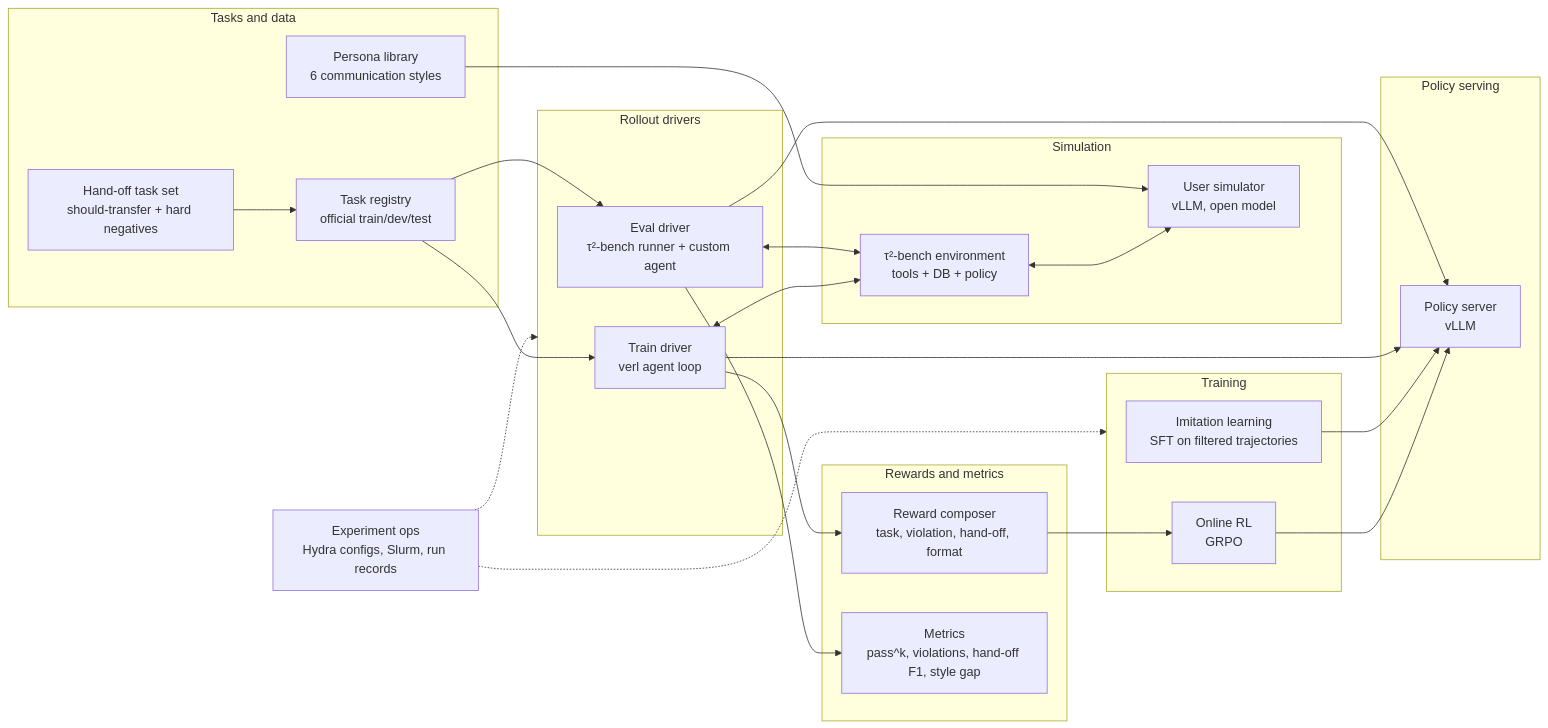
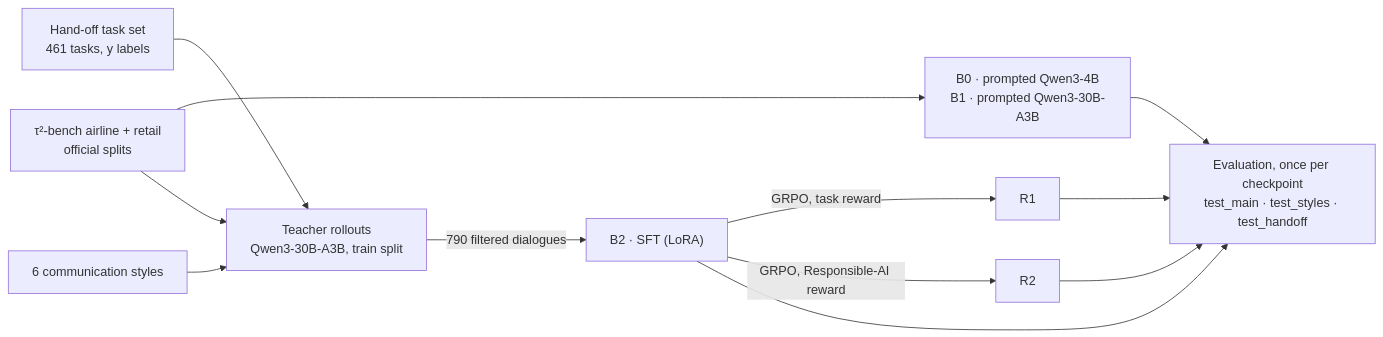
The diagram in README.md (JaspinXu/KnowWhenToHandOff), drawn with Mermaid before and after one commit. The commit also changed other lines of this file and 29 other files, not shown here.

````diff
--- a/README.md
+++ b/README.md
@@ -287,45 +103,14 @@
 ```mermaid
 flowchart LR
-  subgraph DATA["Tasks and data"]
-    REG["Task registry<br/>official train/dev/test"]
-    AUG["Hand-off task set<br/>should-transfer + hard negatives"]
-    PER["Persona library<br/>6 communication styles"]
-  end
-  subgraph SIM["Simulation"]
-    ENV["τ²-bench environment<br/>tools + DB + policy"]
-    USR["User simulator<br/>vLLM, open model"]
-  end
-  subgraph POL["Policy serving"]
-    SRV["Policy server<br/>vLLM"]
-  end
-  subgraph ROLL["Rollout drivers"]
-    EVD["Eval driver<br/>τ²-bench runner + custom agent"]
-    TRD["Train driver<br/>verl agent loop"]
-  end
-  subgraph REW["Rewards and metrics"]
-    RWD["Reward composer<br/>task, violation, hand-off, format"]
-    MET["Metrics<br/>pass^k, violations, hand-off F1, style gap"]
-  end
-  subgraph TRN["Training"]
-    SFT["Imitation learning<br/>SFT on filtered trajectories"]
-    RL["Online RL<br/>GRPO"]
-  end
-  OPS["Experiment ops<br/>Hydra configs, Slurm, run records"]
-
-  REG --> EVD
-  REG --> TRD
-  AUG --> REG
-  PER --> USR
-  EVD <--> ENV
-  TRD <--> ENV
-  ENV <--> USR
-  EVD --> SRV
-  TRD --> SRV
-  EVD --> MET
-  TRD --> RWD
-  RWD --> RL
-  SFT --> SRV
-  RL --> SRV
-  OPS -.-> TRN
-  OPS -.-> ROLL
+  T["τ²-bench airline + retail<br/>official splits"] --> B0["B0 · prompted Qwen3-4B<br/>B1 · prompted Qwen3-30B-A3B"]
+  H["Hand-off task set<br/>461 tasks, y labels"] --> TE
+  S["6 communication styles"] --> TE
+  T --> TE["Teacher rollouts<br/>Qwen3-30B-A3B, train split"]
+  TE -->|"790 filtered dialogues"| B2["B2 · SFT (LoRA)"]
+  B2 -->|"GRPO, task reward"| R1["R1"]
+  B2 -->|"GRPO, Responsible-AI reward"| R2["R2"]
+  B0 --> E["Evaluation, once per checkpoint<br/>test_main · test_styles · test_handoff"]
+  B2 --> E
+  R1 --> E
+  R2 --> E
 ```
````
